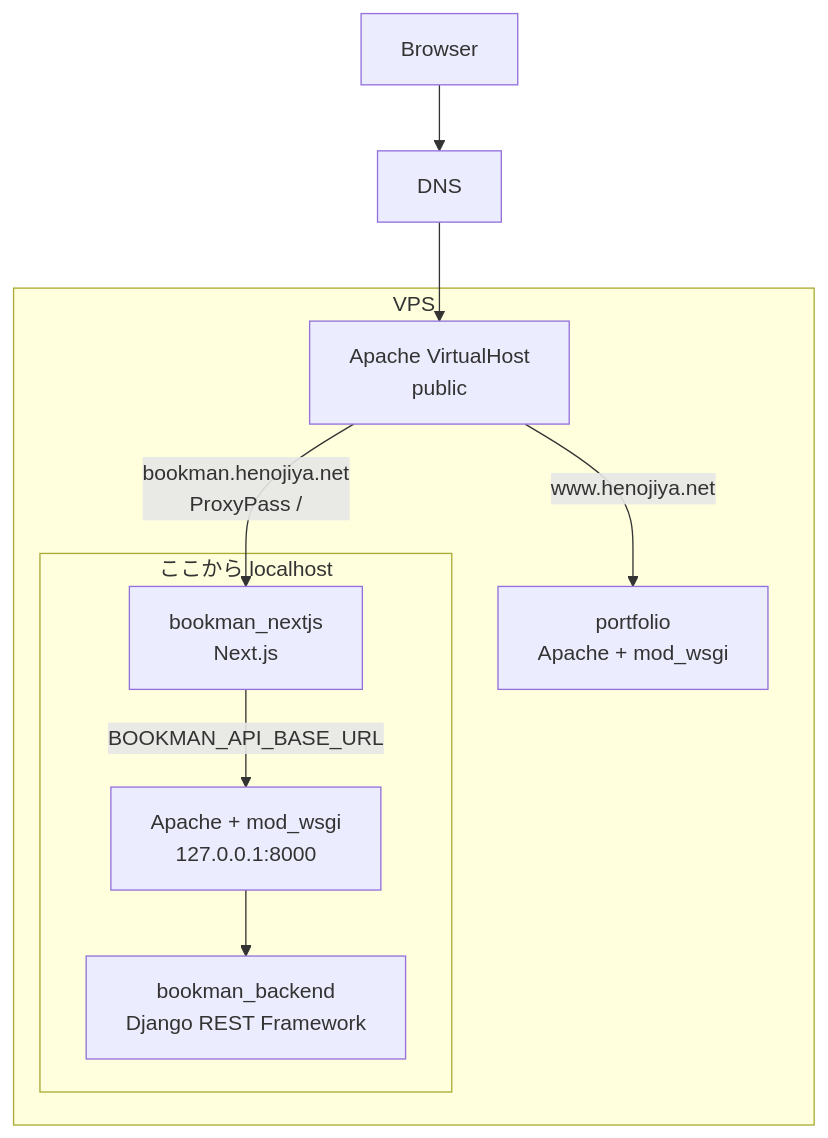
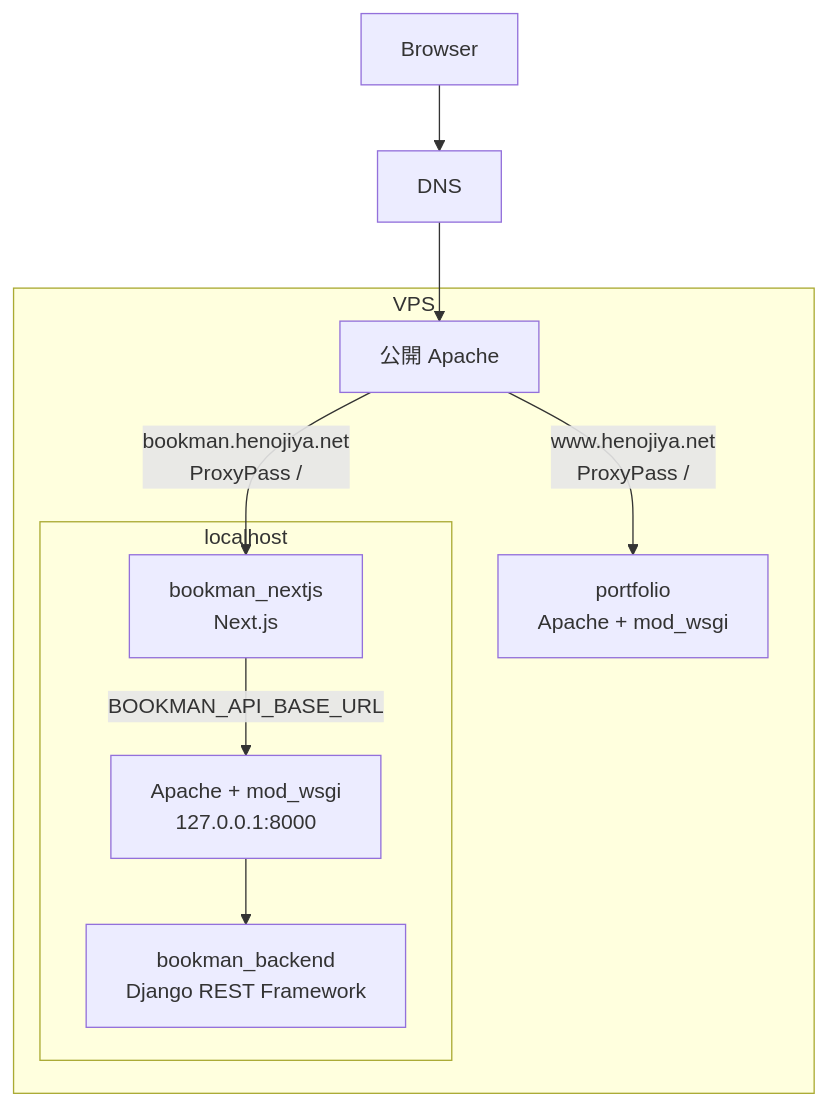
Before and after one commit to duri0214/portfolio: the diagram in docs/qiita/bookman_subdomain_deploy.md, drawn with Mermaid.

Commit message:
#887 Align Apache label in deploy diagram

````diff
--- a/docs/qiita/bookman_subdomain_deploy.md
+++ b/docs/qiita/bookman_subdomain_deploy.md
@@ -47,23 +47,23 @@
 ```mermaid
 flowchart TB
   browser[Browser]
   dns[DNS]
 
   subgraph vps[VPS]
-    apache[Apache VirtualHost<br>public]
+    apache[公開 Apache]
     portfolio[portfolio<br>Apache + mod_wsgi]
 
-    subgraph localhost[ここから localhost]
+    subgraph localhost[localhost]
       nextjs[bookman_nextjs<br>Next.js]
       backendApache[Apache + mod_wsgi<br>127.0.0.1:8000]
       drf[bookman_backend<br>Django REST Framework]
     end
   end
 
   browser --> dns
   dns --> apache
-  apache -->|www.henojiya.net| portfolio
+  apache -->|www.henojiya.net<br>ProxyPass /| portfolio
   apache -->|bookman.henojiya.net<br>ProxyPass /| nextjs
   nextjs -->|BOOKMAN_API_BASE_URL| backendApache
   backendApache --> drf
 ```
````
